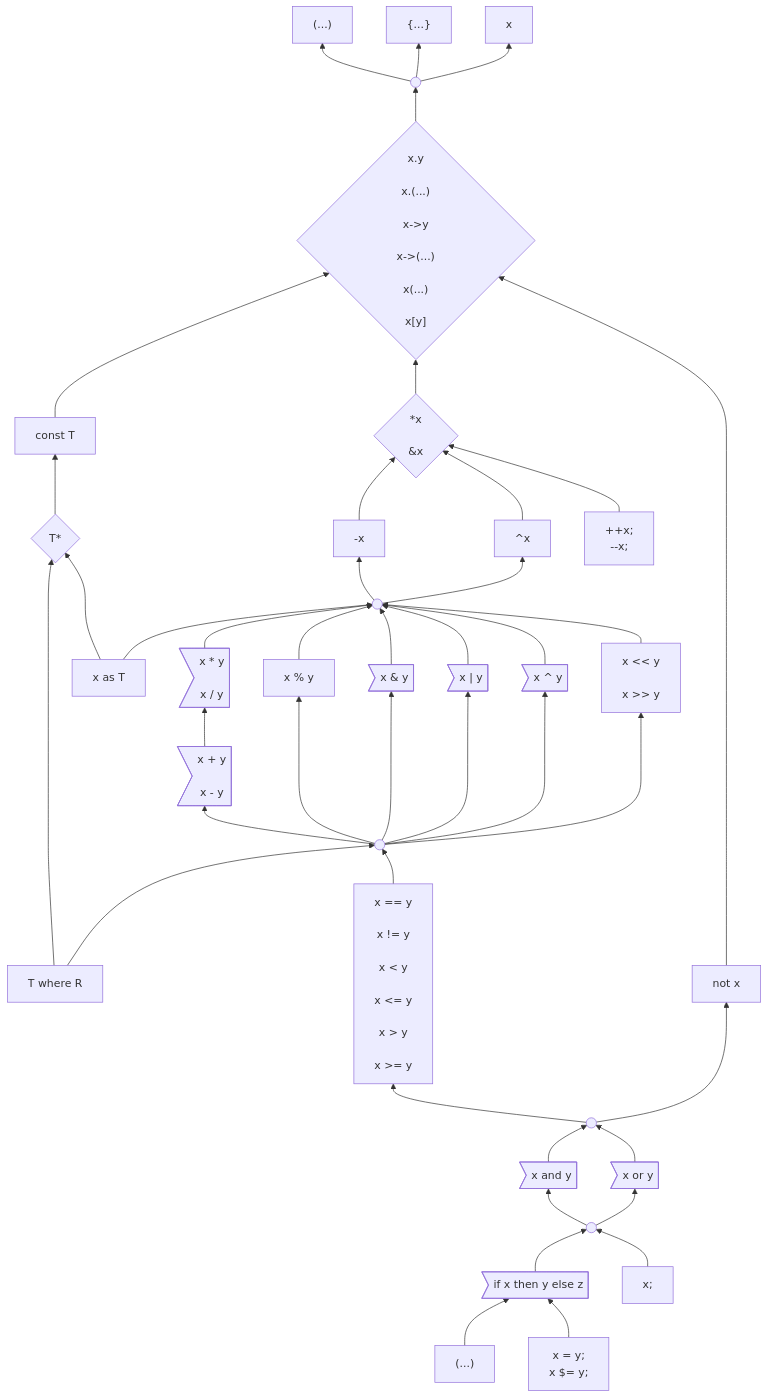
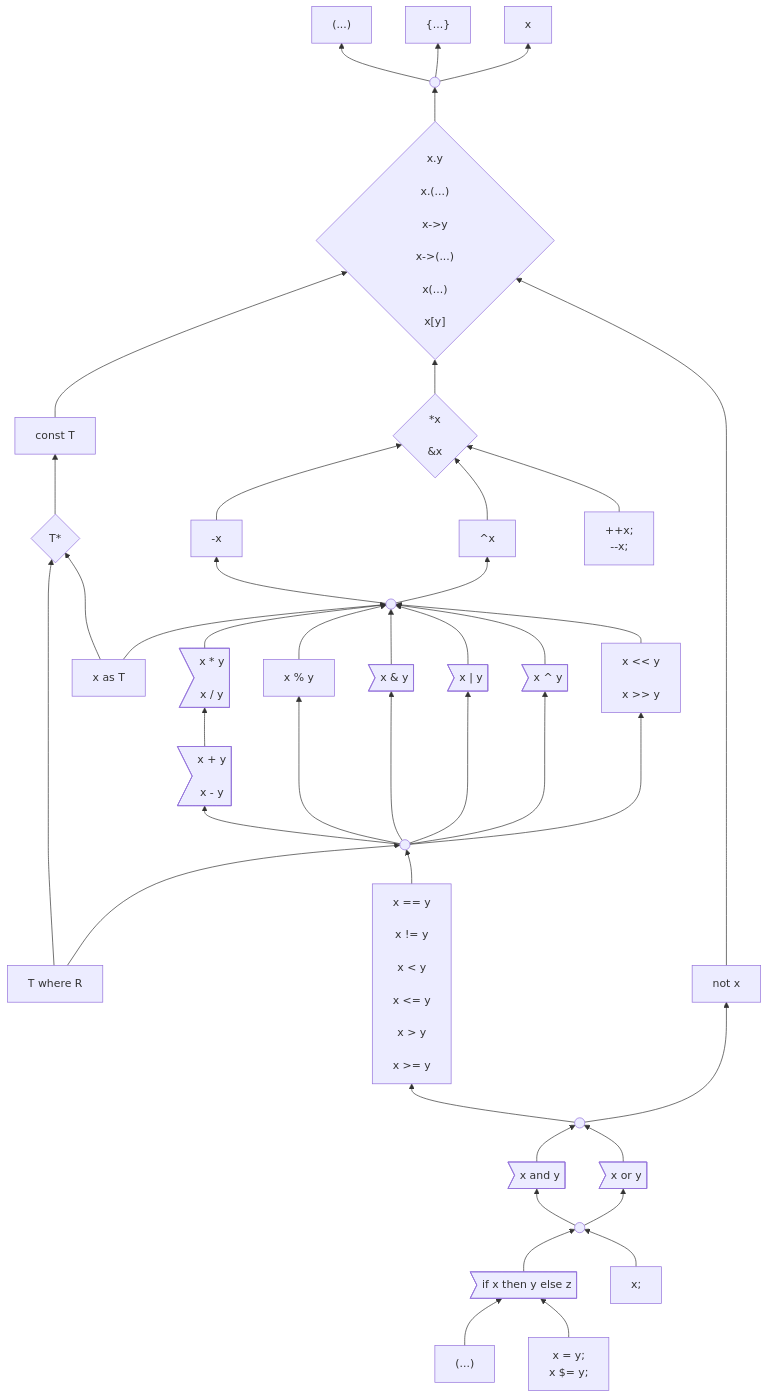
One commit to carbon-language/carbon-lang changed the first of 3 diagrams in docs/design/expressions/README.md. Above: the diagram before and after it, drawn with Mermaid.

Commit message:
Checkpoint progress.

```diff
--- a/docs/design/expressions/README.md
+++ b/docs/design/expressions/README.md
@@ -163,7 +163,7 @@
     as --> pointerType
 
     pointer --> suffixOps
-    unary ~~~~ pointer
+    %% unary ~~~~ pointer
     negation & complement & incDec --> pointer
     unary --> negation & complement
     %% Use a longer arrow here to put `not` next to `and` and `or`.
```
